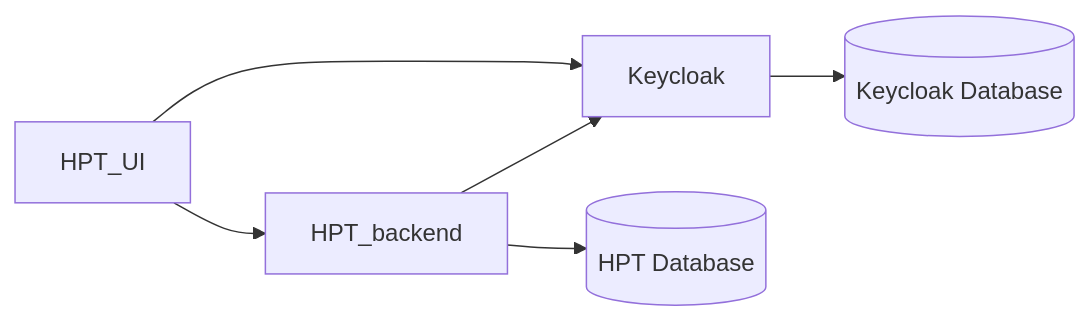
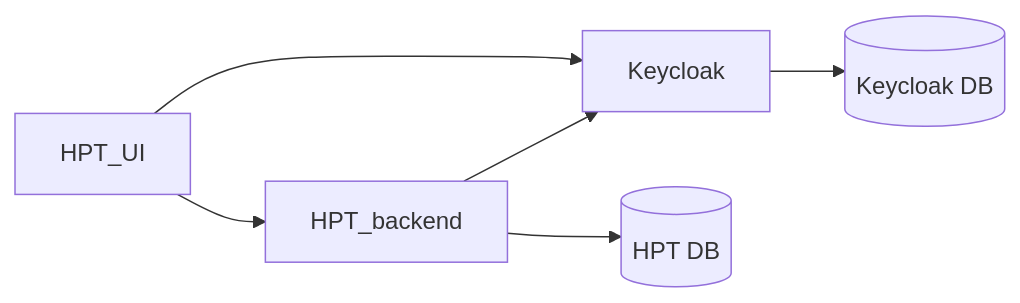
One commit to bastoker/testcontainers-workshop changed the diagram in README.md. Above: the diagram before and after it, drawn with Mermaid.

````diff
--- a/README.md
+++ b/README.md
@@ -21,8 +21,8 @@
 ```mermaid
 graph LR;
     HPT_UI-->HPT_backend
     HPT_UI-->Keycloak
-    HPT_backend-->PostgreSQL_hpt[(HPT Database)];
+    HPT_backend-->PostgreSQL_hpt[(HPT DB)];
     HPT_backend-->Keycloak;
-    Keycloak-->PostgreSQL_keycloak[(Keycloak Database)];
+    Keycloak-->PostgreSQL_keycloak[(Keycloak DB)];
 ```
````
